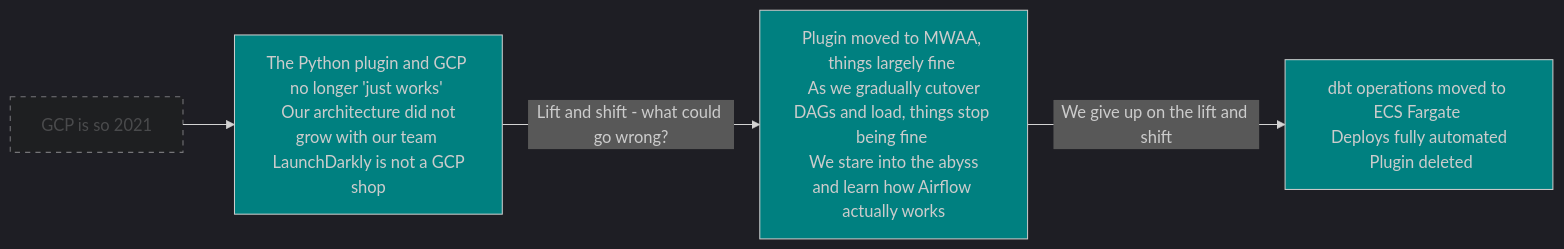
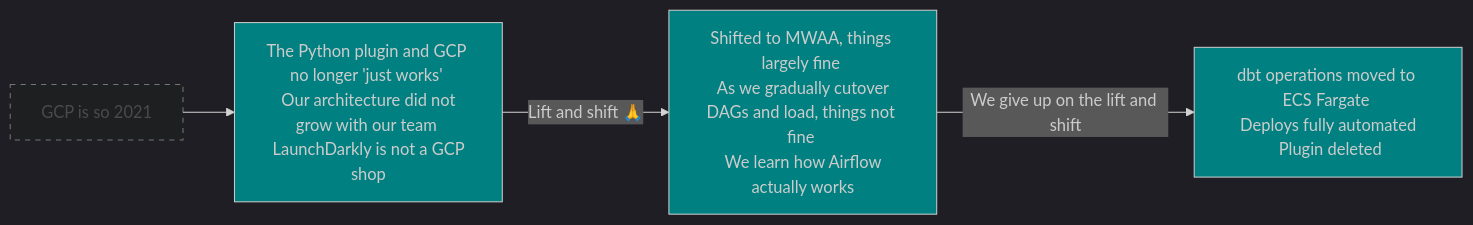
Before and after one commit to verhey/dbt-meetup-slides: the fourth of 5 diagrams in slides.md, drawn with Mermaid. The commit also changed other lines of this file and 6 other files, not shown here.

````diff
--- a/slides.md
+++ b/slides.md
@@ -493,12 +494,12 @@
 ```mermaid
 %%{init: {'theme':'dark'}}%%
 flowchart LR
    A[GCP is so 2021]:::inactive
    --> B[The Python plugin and GCP no longer 'just works' \n Our architecture did not grow with our team \n LaunchDarkly is not a GCP shop]:::active
-   -- "Lift and shift - what could go wrong?"
-   --> C[Plugin moved to MWAA, things largely fine \n As we gradually cutover DAGs and load, things stop being fine \n We stare into the abyss and learn how Airflow actually works]:::active
+   -- "Lift and shift 🙏"
+   --> C[Shifted to MWAA, things largely fine \n As we gradually cutover DAGs and load, things not fine \n We learn how Airflow actually works]:::active
    -- We give up on the lift and shift
    --> D[dbt operations moved to ECS Fargate \n Deploys fully automated \n Plugin deleted]:::active
     classDef active fill:teal
     classDef inactive opacity:50%,stroke-dasharray: 5 5
 ```
````
